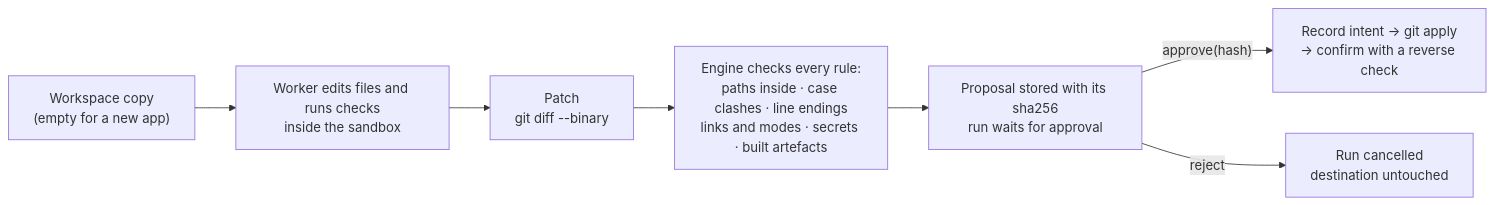
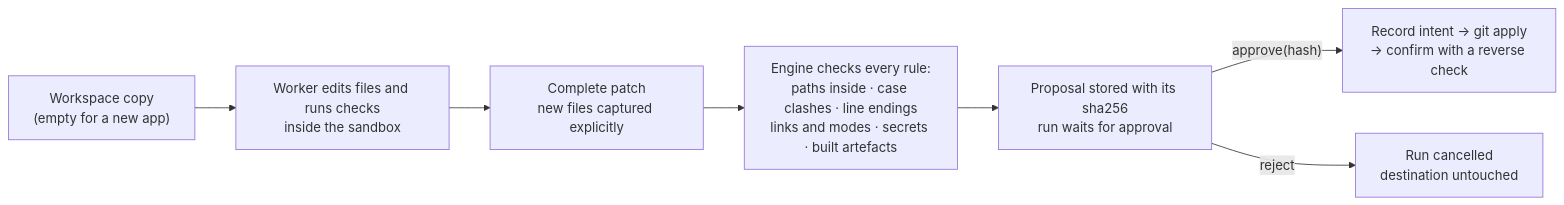
One commit to xXValhallaCoderXx/nivra-orchestrator changed the fourth of 4 diagrams in system-architecture.md. Above: the diagram before and after it, drawn with Mermaid. The commit also changed other lines of this file and 38 other files, not shown here.

````diff
--- a/system-architecture.md
+++ b/system-architecture.md
@@ -479,9 +507,9 @@
 ```mermaid
 flowchart LR
   A["Workspace copy<br/>(empty for a new app)"] --> B["Worker edits files and runs checks<br/>inside the sandbox"]
-  B --> C["Patch<br/>git diff --binary"]
+  B --> C["Complete patch<br/>new files captured explicitly"]
   C --> D["Engine checks every rule:<br/>paths inside · case clashes · line endings<br/>links and modes · secrets · built artefacts"]
   D --> E["Proposal stored with its sha256<br/>run waits for approval"]
   E -->|"approve(hash)"| F["Record intent → git apply<br/>→ confirm with a reverse check"]
   E -->|"reject"| G["Run cancelled<br/>destination untouched"]
 ```
````
